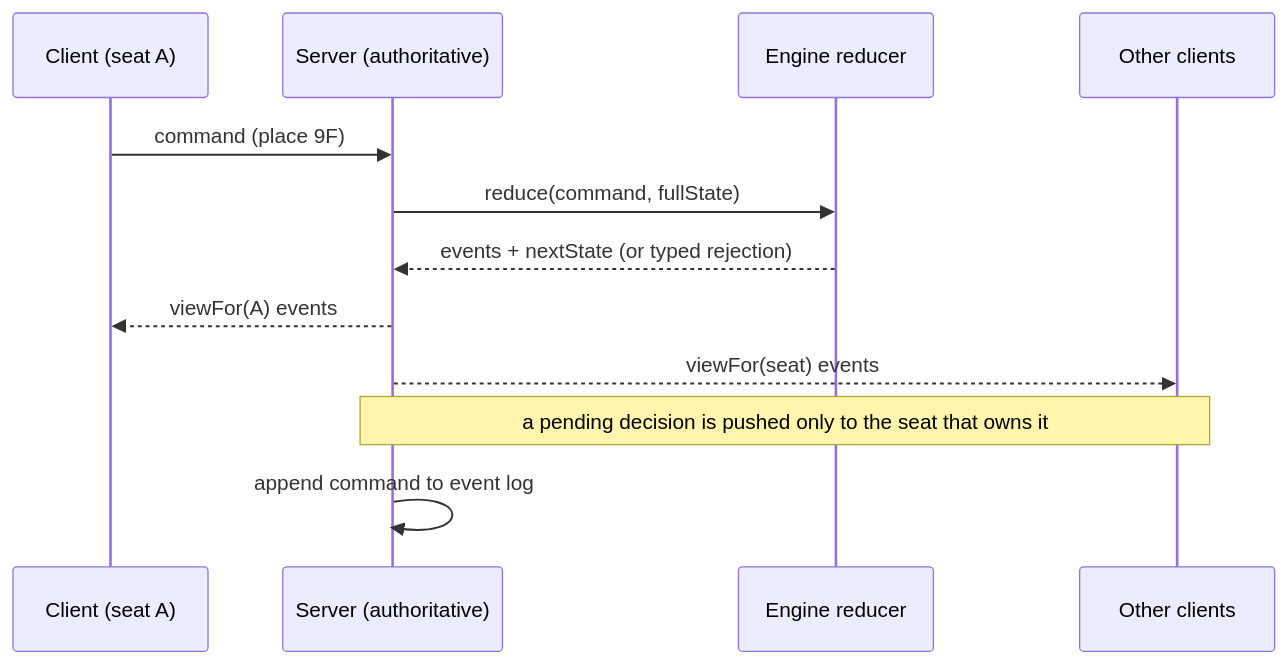
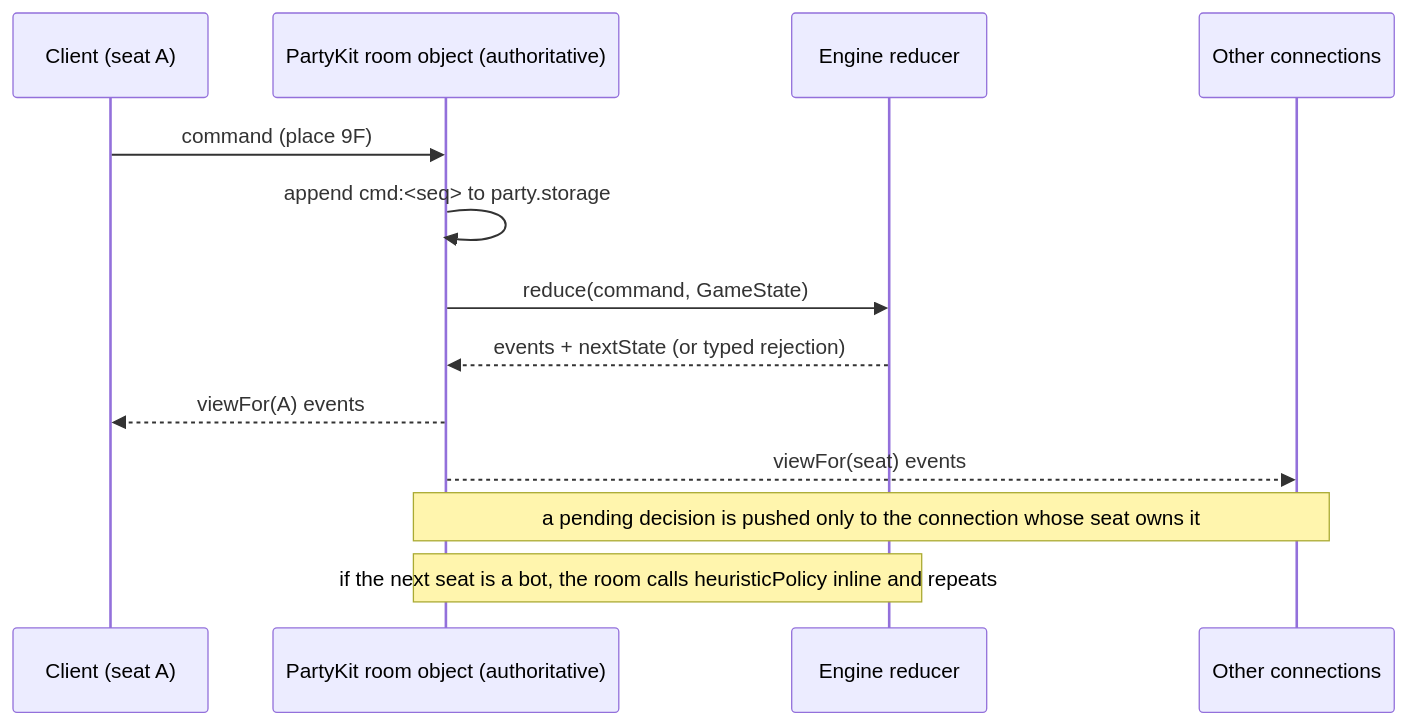
One commit to smromain/boomtown changed the third of 3 diagrams in docs/plans/2026-09-06-1315-feat-boomtown-architecture-plan.md. Above: the diagram before and after it, drawn with Mermaid. The commit also changed other lines of this file and 1 other file, not shown here.

First line of the commit message:
docs(plan): replan Phase D onto PartyKit

````diff
--- a/docs/plans/2026-09-06-1315-feat-boomtown-architecture-plan.md
+++ b/docs/plans/2026-09-06-1315-feat-boomtown-architecture-plan.md
@@ -197,14 +207,15 @@
 ```mermaid
 sequenceDiagram
   participant C as Client (seat A)
-  participant S as Server (authoritative)
+  participant R as PartyKit room object (authoritative)
   participant E as Engine reducer
-  participant O as Other clients
-  C->>S: command (place 9F)
-  S->>E: reduce(command, fullState)
-  E-->>S: events + nextState  (or typed rejection)
-  S-->>C: viewFor(A) events
-  S-->>O: viewFor(seat) events
-  Note over S,O: a pending decision is pushed only to the seat that owns it
-  S->>S: append command to event log
+  participant O as Other connections
+  C->>R: command (place 9F)
+  R->>R: append cmd:<seq> to party.storage
+  R->>E: reduce(command, GameState)
+  E-->>R: events + nextState  (or typed rejection)
+  R-->>C: viewFor(A) events
+  R-->>O: viewFor(seat) events
+  Note over R,O: a pending decision is pushed only to the connection whose seat owns it
+  Note over R,E: if the next seat is a bot, the room calls heuristicPolicy inline and repeats
 ```
````
